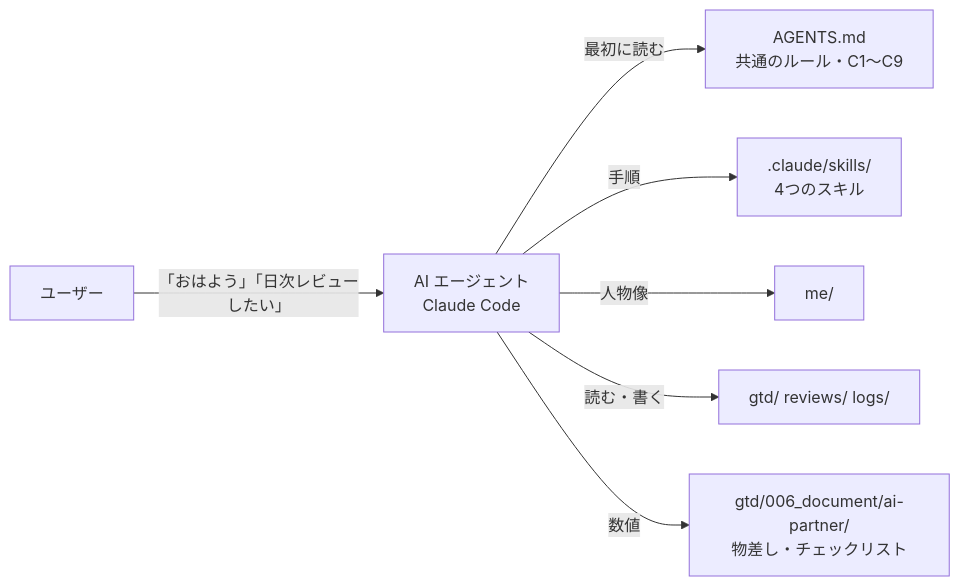
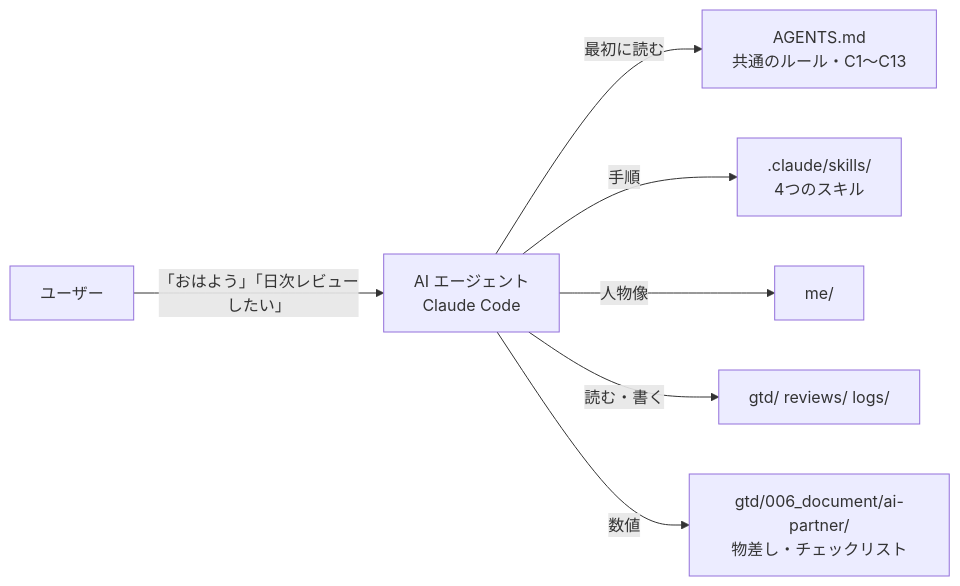
The diagram in README.md (ksip9012/gtd-ai-partner), drawn with Mermaid before and after one commit. The commit also changed other lines of this file, not shown here.

````diff
--- a/README.md
+++ b/README.md
@@ -63,9 +74,9 @@
 ```mermaid
 flowchart LR
   U[ユーザー] -- 「おはよう」「日次レビューしたい」 --> A[AI エージェント<br>Claude Code]
-  A -- 最初に読む --> G[AGENTS.md<br>共通のルール・C1〜C9]
+  A -- 最初に読む --> G[AGENTS.md<br>共通のルール・C1〜C13]
   A -- 手順 --> S[.claude/skills/<br>4つのスキル]
   A -- 人物像 --> M[me/]
   A -- 読む・書く --> W[gtd/ reviews/ logs/]
   A -- 数値 --> R[gtd/006_document/ai-partner/<br>物差し・チェックリスト]
 ```
````
